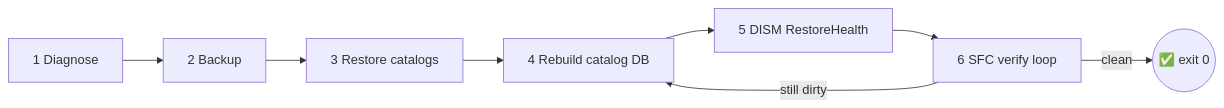
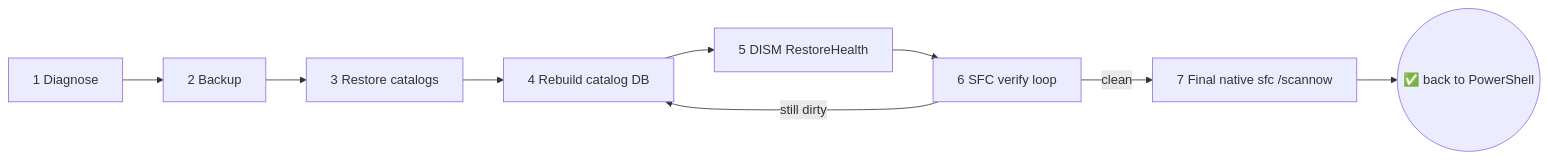
One commit to Michaelunkai/SfcRepairDoctor changed the diagram in README.md. Above: the diagram before and after it, drawn with Mermaid. The commit also changed other lines of this file and 2 other files, not shown here.

First line of the commit message:
Always end with native sfc /scannow, then return to PowerShell

````diff
--- a/README.md
+++ b/README.md
@@ -76,10 +78,11 @@
 ```mermaid
 flowchart LR
     A[1 Diagnose] --> B[2 Backup]
     B --> C[3 Restore catalogs]
     C --> D[4 Rebuild catalog DB]
     D --> E[5 DISM RestoreHealth]
     E --> F[6 SFC verify loop]
     F -->|still dirty| D
-    F -->|clean| G((✅ exit 0))
+    F -->|clean| G[7 Final native sfc /scannow]
+    G --> H((✅ back to PowerShell))
 ```
````
